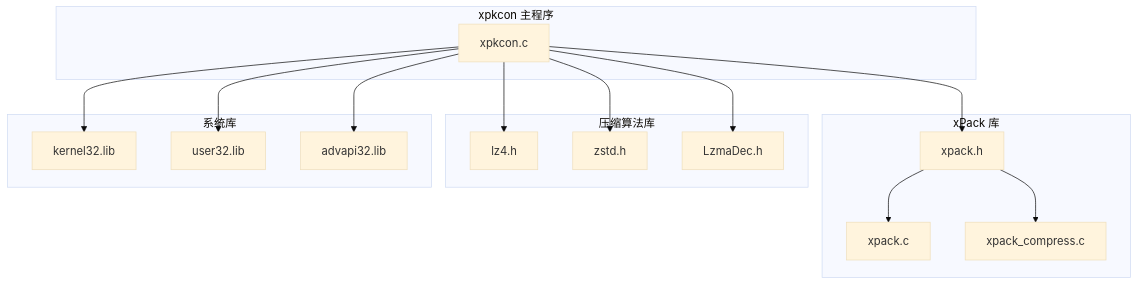
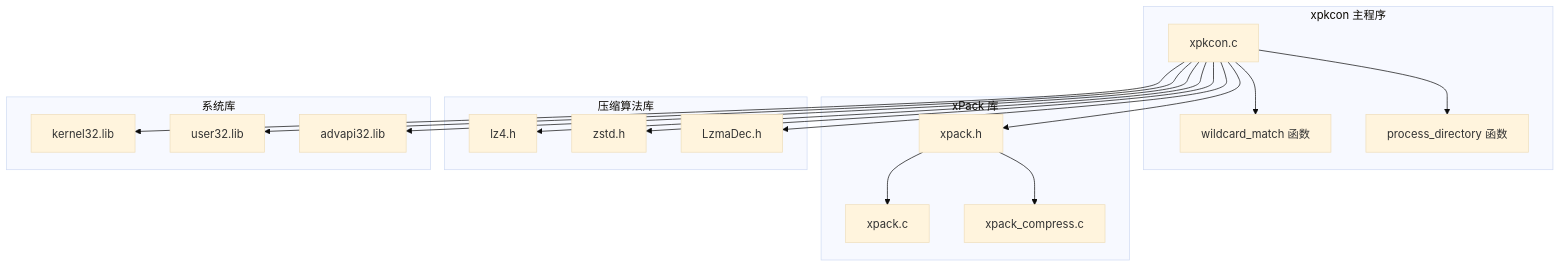
Before and after one commit to xywhsoft/xpack: the seventh of 10 diagrams in .qoder/repowiki/zh/content/开发者指南/xpkcon 命令行工具.md, drawn with Mermaid (base theme). The commit also changed other lines of this file and 14 other files, not shown here.

````diff
--- a/.qoder/repowiki/zh/content/开发者指南/xpkcon 命令行工具.md
+++ b/.qoder/repowiki/zh/content/开发者指南/xpkcon 命令行工具.md
@@ -256,30 +299,34 @@
 ```mermaid
 graph TB
 subgraph "xpkcon 主程序"
 A[xpkcon.c]
+B[wildcard_match 函数]
+C[process_directory 函数]
 end
 subgraph "xPack 库"
-B[xpack.h]
-C[xpack.c]
-D[xpack_compress.c]
+D[xpack.h]
+E[xpack.c]
+F[xpack_compress.c]
 end
 subgraph "压缩算法库"
-E[lz4.h]
-F[zstd.h]
-G[LzmaDec.h]
+G[lz4.h]
+H[zstd.h]
+I[LzmaDec.h]
 end
 subgraph "系统库"
-H[kernel32.lib]
-I[user32.lib]
-J[advapi32.lib]
+J[kernel32.lib]
+K[user32.lib]
+L[advapi32.lib]
 end
 A --> B
-A --> E
-A --> F
+A --> C
+A --> D
 A --> G
 A --> H
 A --> I
 A --> J
-B --> C
-B --> D
+A --> K
+A --> L
+D --> E
+D --> F
 ```
````
